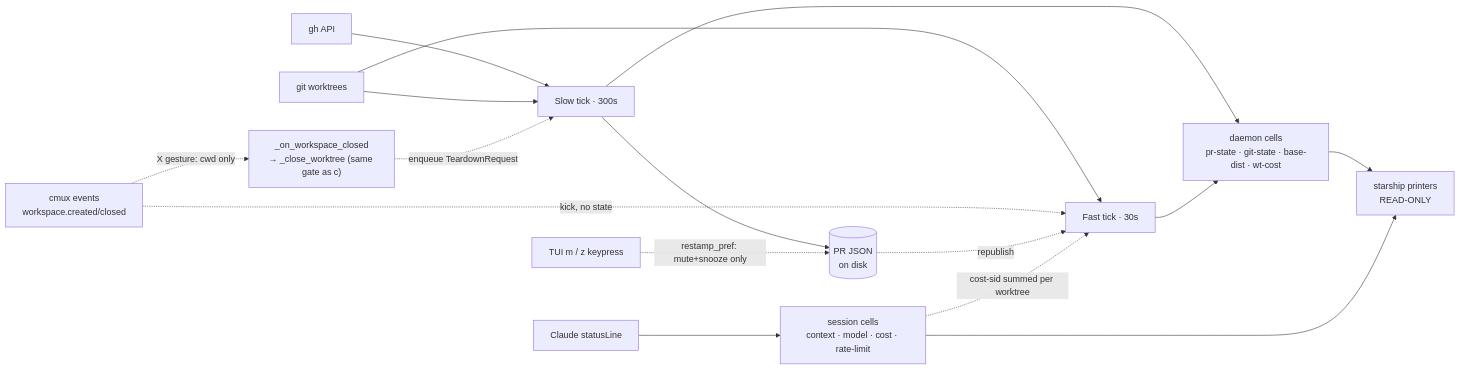
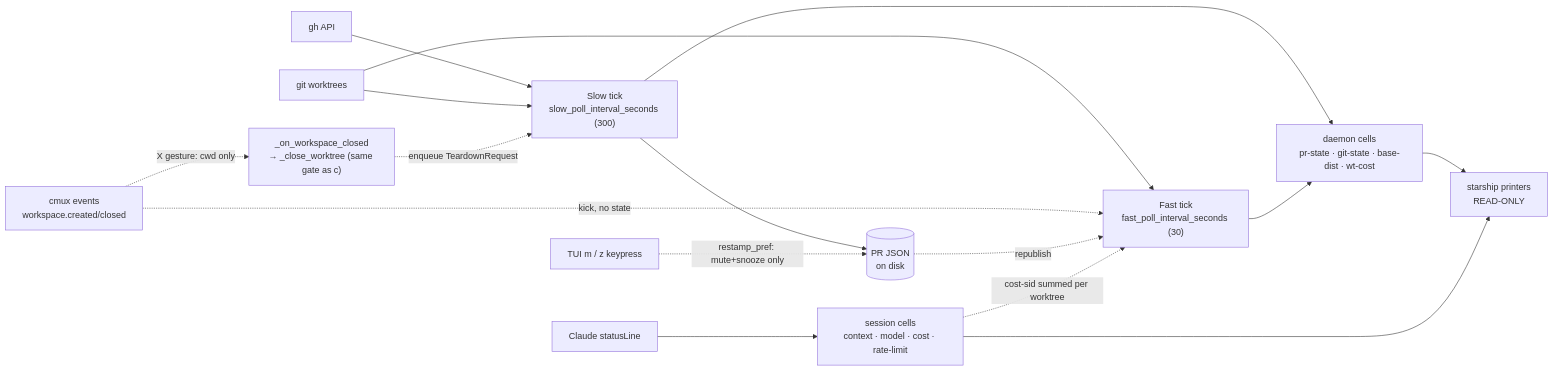
Before and after one commit to khivi/cockpit: the fifth of 5 diagrams in docs/state-machine.md, drawn with Mermaid. The commit also changed other lines of this file and 13 other files, not shown here.

````diff
--- a/docs/state-machine.md
+++ b/docs/state-machine.md
@@ -419,22 +420,22 @@
 ```mermaid
 flowchart LR
-  GH["gh API"] --> SLOW["Slow tick · 300s"]
+  GH["gh API"] --> SLOW["Slow tick<br/>slow_poll_interval_seconds (300)"]
   GIT["git worktrees"] --> SLOW
-  GIT --> FAST["Fast tick · 30s"]
+  GIT --> FAST["Fast tick<br/>fast_poll_interval_seconds (30)"]
   EV["cmux events<br/>workspace.created/closed"] -.kick, no state.-> FAST
   EV -.X gesture: cwd only.-> XCLOSE["_on_workspace_closed<br/>→ _close_worktree (same gate as c)"]
   XCLOSE -.enqueue TeardownRequest.-> SLOW
 
   SLOW --> DISK[("PR JSON<br/>on disk")]
   DISK -.republish.-> FAST
   KEY["TUI m / z keypress"] -.restamp_pref: mute+snooze only.-> DISK
 
   SLOW --> CELLS["daemon cells<br/>pr-state · git-state · base-dist · wt-cost"]
   FAST --> CELLS
 
   STDIN["Claude statusLine"] --> SESS["session cells<br/>context · model · cost · rate-limit"]
   SESS -.cost-sid summed per worktree.-> FAST
 
   CELLS --> RENDER["starship printers<br/>READ-ONLY"]
   SESS --> RENDER
 ```
````
